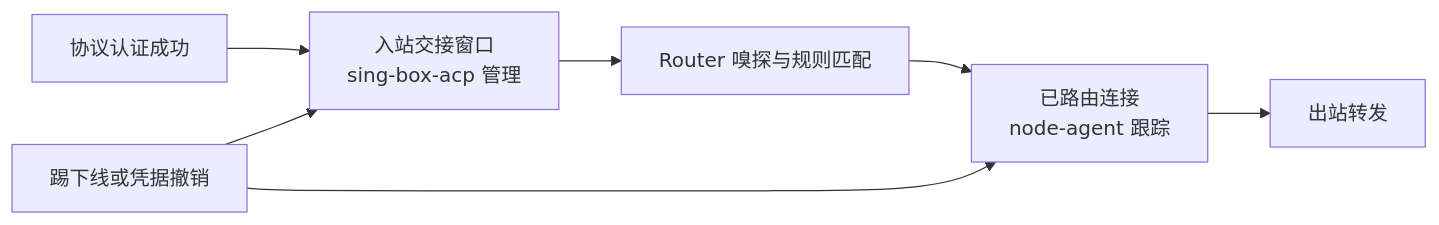
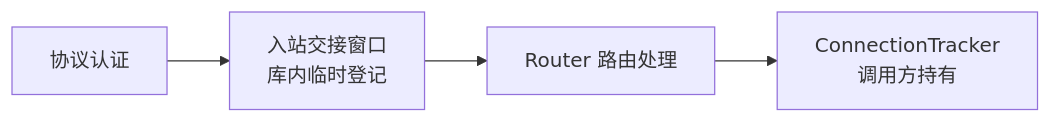
The diagram in README.md (0xddy/sing-box-acp), drawn with Mermaid before and after one commit. The commit also changed other lines of this file, not shown here.

````diff
--- a/README.md
+++ b/README.md
@@ -37,9 +37,6 @@
 ```mermaid
 flowchart LR
-    A["协议认证成功"] --> B["入站交接窗口<br/>sing-box-acp 管理"]
-    B --> C["Router 嗅探与规则匹配"]
-    C --> D["已路由连接<br/>node-agent 跟踪"]
-    D --> E["出站转发"]
-    K["踢下线或凭据撤销"] --> B
-    K --> D
+    A["协议认证"] --> B["入站交接窗口<br/>库内临时登记"]
+    B --> C["Router 路由处理"]
+    C --> D["ConnectionTracker<br/>调用方持有"]
 ```
````
